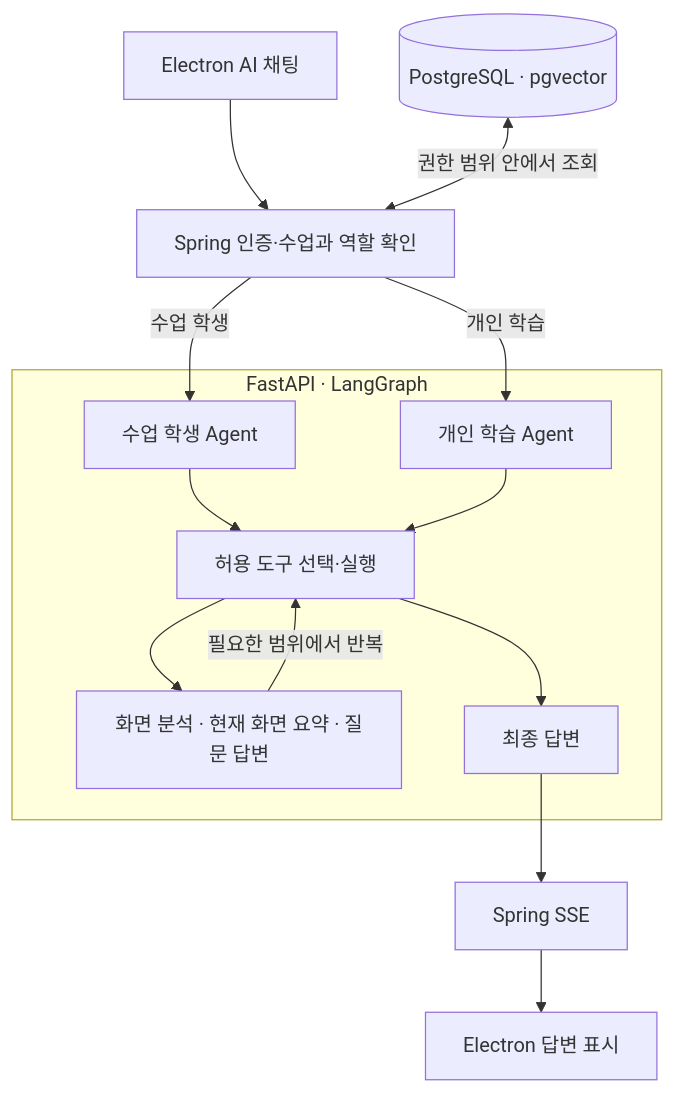
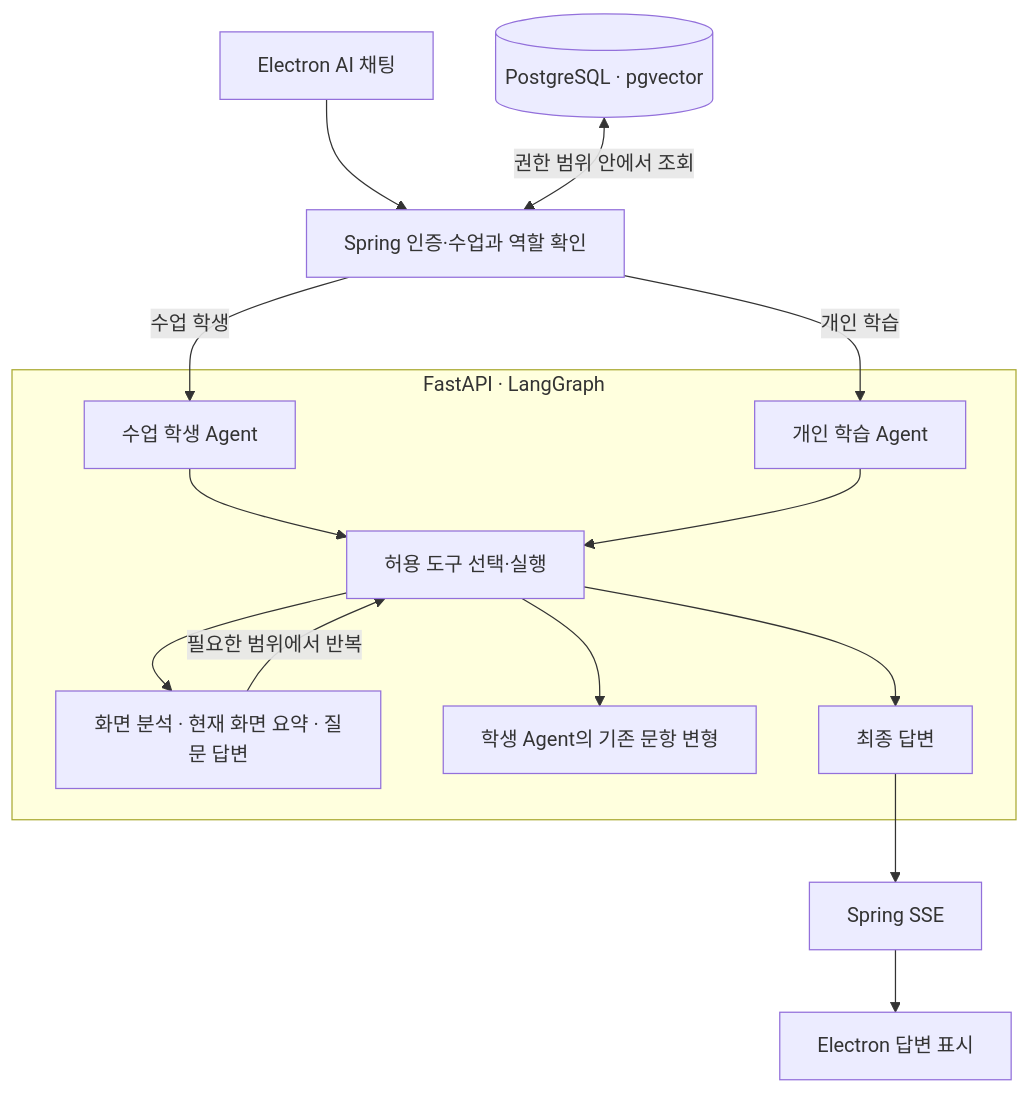
One commit to JephyrWing/project_tutipal changed the third of 6 diagrams in docs/TUTIPAL_DESIGN.md. Above: the diagram before and after it, drawn with Mermaid. The commit also changed other lines of this file and 1 other file, not shown here.

````diff
--- a/docs/TUTIPAL_DESIGN.md
+++ b/docs/TUTIPAL_DESIGN.md
@@ -489,15 +489,16 @@
 ```mermaid
 flowchart TD
     Chat["Electron AI 채팅"] --> Gate["Spring 인증·수업과 역할 확인"]
     Database[("PostgreSQL · pgvector")] <-->|"권한 범위 안에서 조회"| Gate
     subgraph AI["FastAPI · LangGraph"]
         Student["수업 학생 Agent"] --> Graph["허용 도구 선택·실행"]
         Personal["개인 학습 Agent"] --> Graph
         Graph --> Tools["화면 분석 · 현재 화면 요약 · 질문 답변"]
+        Graph --> Variant["학생 Agent의 기존 문항 변형"]
         Tools -->|"필요한 범위에서 반복"| Graph
         Graph --> Reply["최종 답변"]
     end
     Gate -->|"수업 학생"| Student
     Gate -->|"개인 학습"| Personal
     Reply --> Stream["Spring SSE"] --> Result["Electron 답변 표시"]
 ```
````
